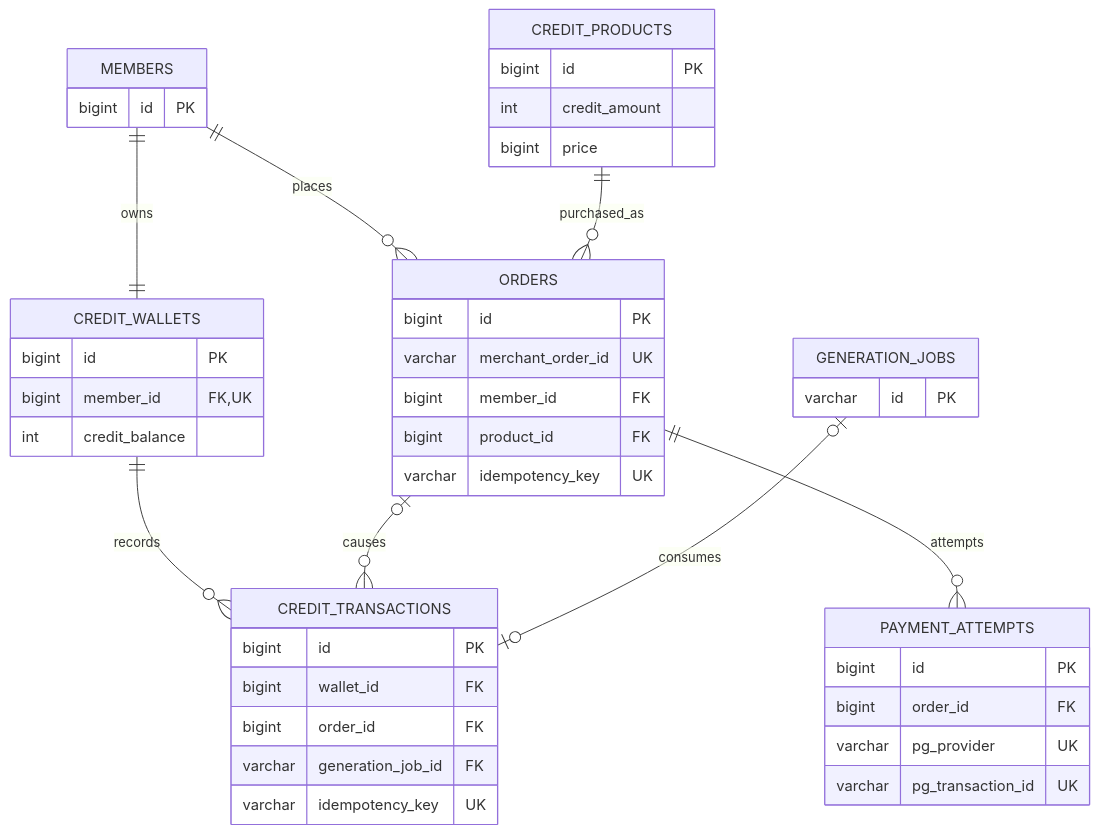
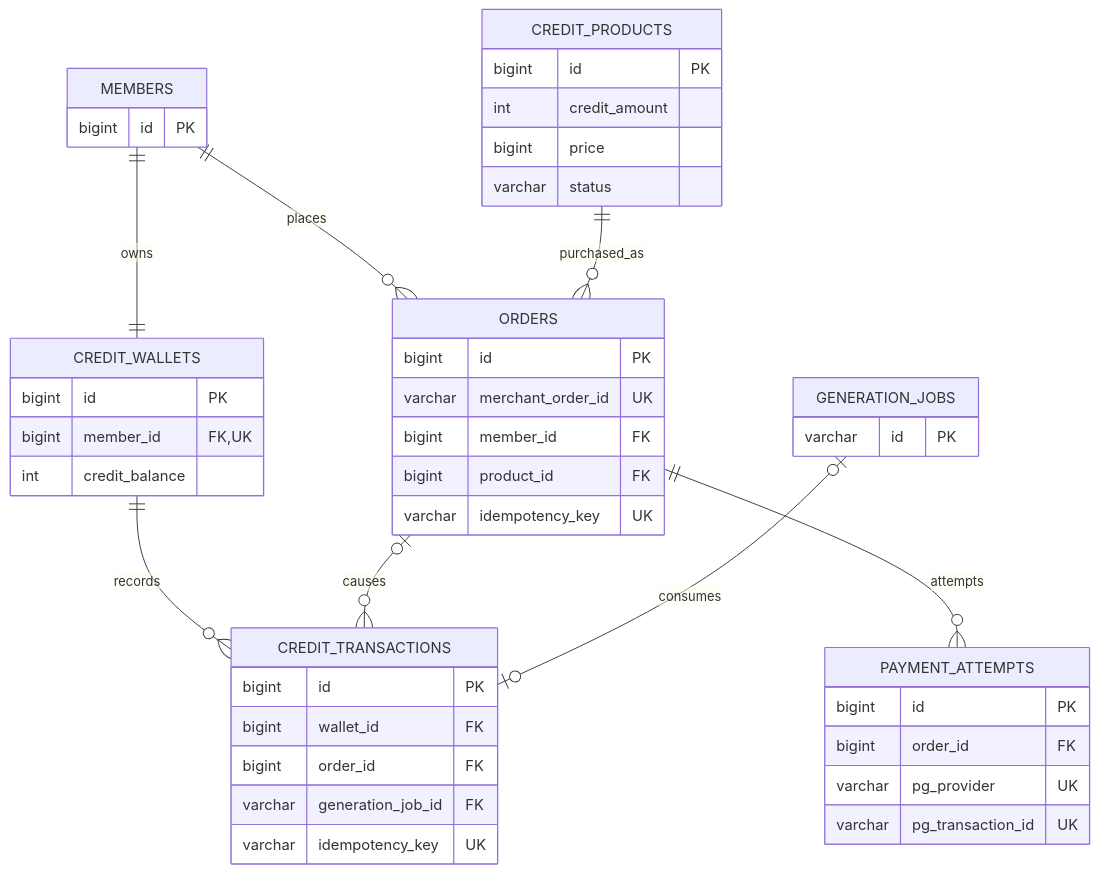
One commit to 100-hours-a-week/KTB4-10th-BE changed the fifth of 5 diagrams in docs/ERD_테이블_설계_근거_검토본.md. Above: the diagram before and after it, drawn with Mermaid. The commit also changed other lines of this file and 3 other files, not shown here.

```diff
--- a/docs/ERD_테이블_설계_근거_검토본.md
+++ b/docs/ERD_테이블_설계_근거_검토본.md
@@ -293,46 +301,47 @@
 ~~~mermaid
 erDiagram
     MEMBERS ||--|| CREDIT_WALLETS : owns
     CREDIT_WALLETS ||--o{ CREDIT_TRANSACTIONS : records
     MEMBERS ||--o{ ORDERS : places
     CREDIT_PRODUCTS ||--o{ ORDERS : purchased_as
     ORDERS ||--o{ PAYMENT_ATTEMPTS : attempts
     ORDERS o|--o{ CREDIT_TRANSACTIONS : causes
     GENERATION_JOBS o|--o| CREDIT_TRANSACTIONS : consumes
     CREDIT_WALLETS {
         bigint id PK
         bigint member_id FK,UK
         int credit_balance
     }
     CREDIT_TRANSACTIONS {
         bigint id PK
         bigint wallet_id FK
         bigint order_id FK
         varchar generation_job_id FK
         varchar idempotency_key UK
     }
     CREDIT_PRODUCTS {
         bigint id PK
         int credit_amount
         bigint price
+        varchar status
     }
     ORDERS {
         bigint id PK
         varchar merchant_order_id UK
         bigint member_id FK
         bigint product_id FK
         varchar idempotency_key UK
     }
     PAYMENT_ATTEMPTS {
         bigint id PK
         bigint order_id FK
         varchar pg_provider UK
         varchar pg_transaction_id UK
     }
     MEMBERS {
         bigint id PK
     }
     GENERATION_JOBS {
         varchar id PK
     }
 ~~~
```
